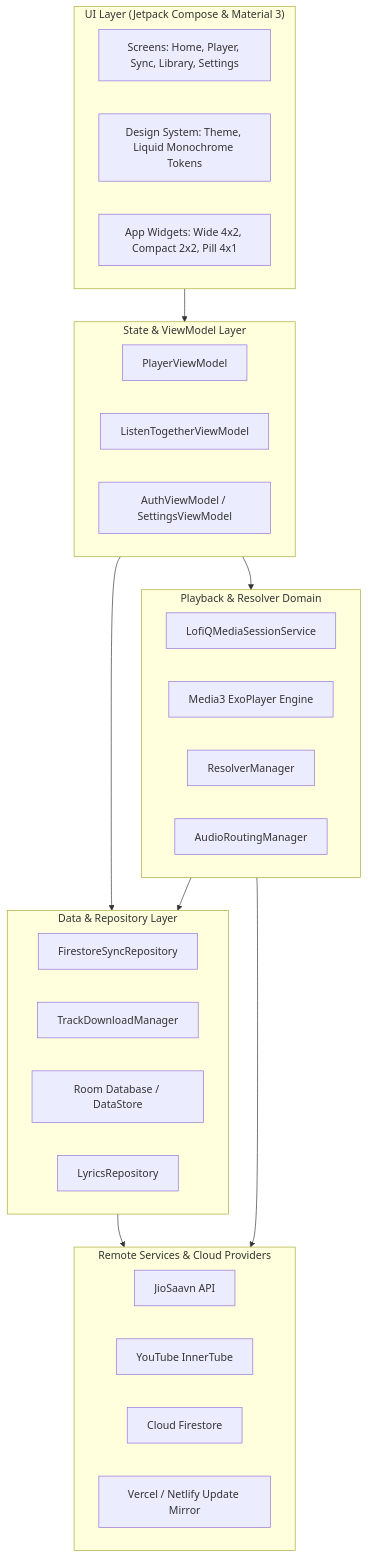
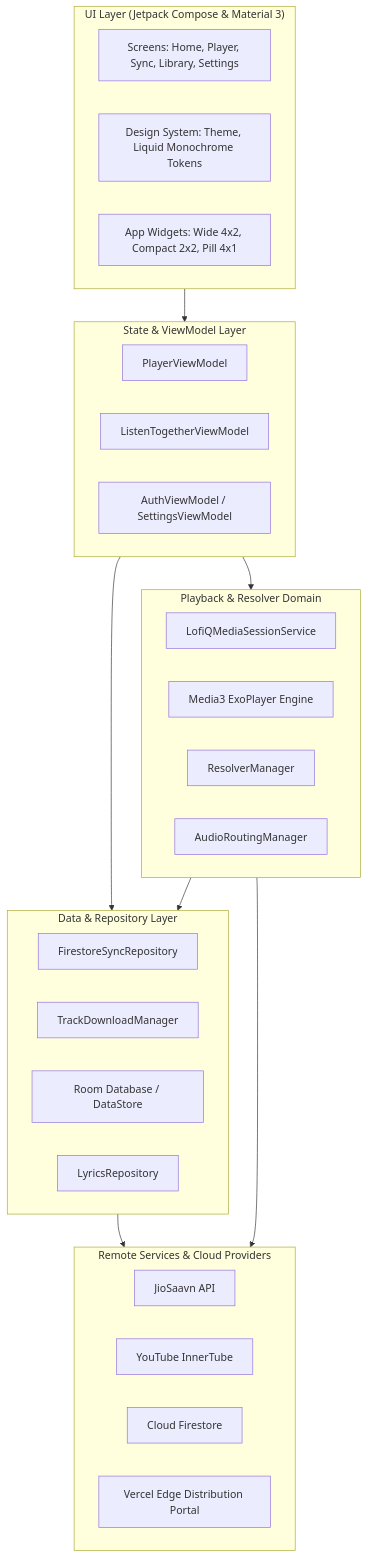
One commit to itsafxal/LofiQ-Music changed the first of 3 diagrams in README.md. Above: the diagram before and after it, drawn with Mermaid. The commit also changed other lines of this file and 13 other files, not shown here.

````diff
--- a/README.md
+++ b/README.md
@@ -145,42 +145,42 @@
 ```mermaid
 flowchart TD
     subgraph UI_Layer["UI Layer (Jetpack Compose & Material 3)"]
         A[Screens: Home, Player, Sync, Library, Settings]
         B[Design System: Theme, Liquid Monochrome Tokens]
         C[App Widgets: Wide 4x2, Compact 2x2, Pill 4x1]
     end
 
     subgraph State_Layer["State & ViewModel Layer"]
         D[PlayerViewModel]
         E[ListenTogetherViewModel]
         F[AuthViewModel / SettingsViewModel]
     end
 
     subgraph Domain_Playback["Playback & Resolver Domain"]
         G[LofiQMediaSessionService]
         H[Media3 ExoPlayer Engine]
         I[ResolverManager]
         J[AudioRoutingManager]
     end
 
     subgraph Data_Layer["Data & Repository Layer"]
         K[FirestoreSyncRepository]
         L[TrackDownloadManager]
         M[Room Database / DataStore]
         N[LyricsRepository]
     end
 
     subgraph Remote_Services["Remote Services & Cloud Providers"]
         O[JioSaavn API]
         P[YouTube InnerTube]
         Q[Cloud Firestore]
-        R[Vercel / Netlify Update Mirror]
+        R[Vercel Edge Distribution Portal]
     end
 
     UI_Layer --> State_Layer
     State_Layer --> Domain_Playback
     State_Layer --> Data_Layer
     Domain_Playback --> Data_Layer
     Data_Layer --> Remote_Services
     Domain_Playback --> Remote_Services
 ```
````
